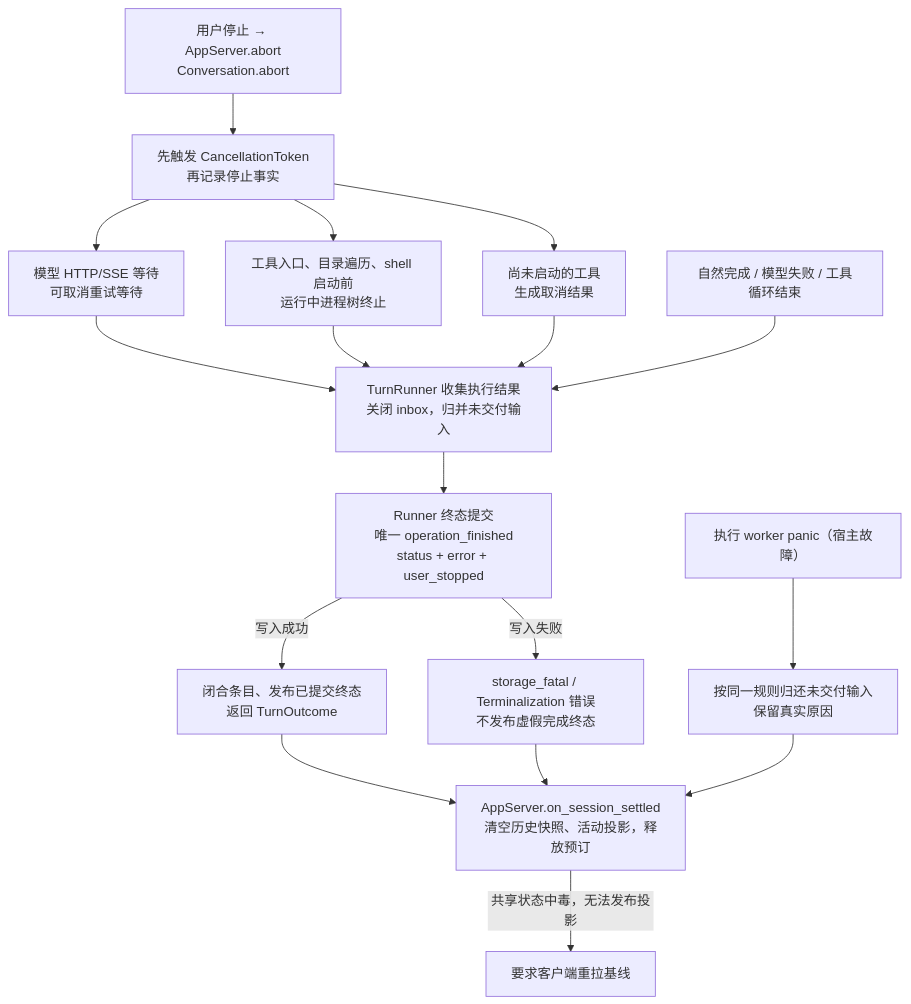
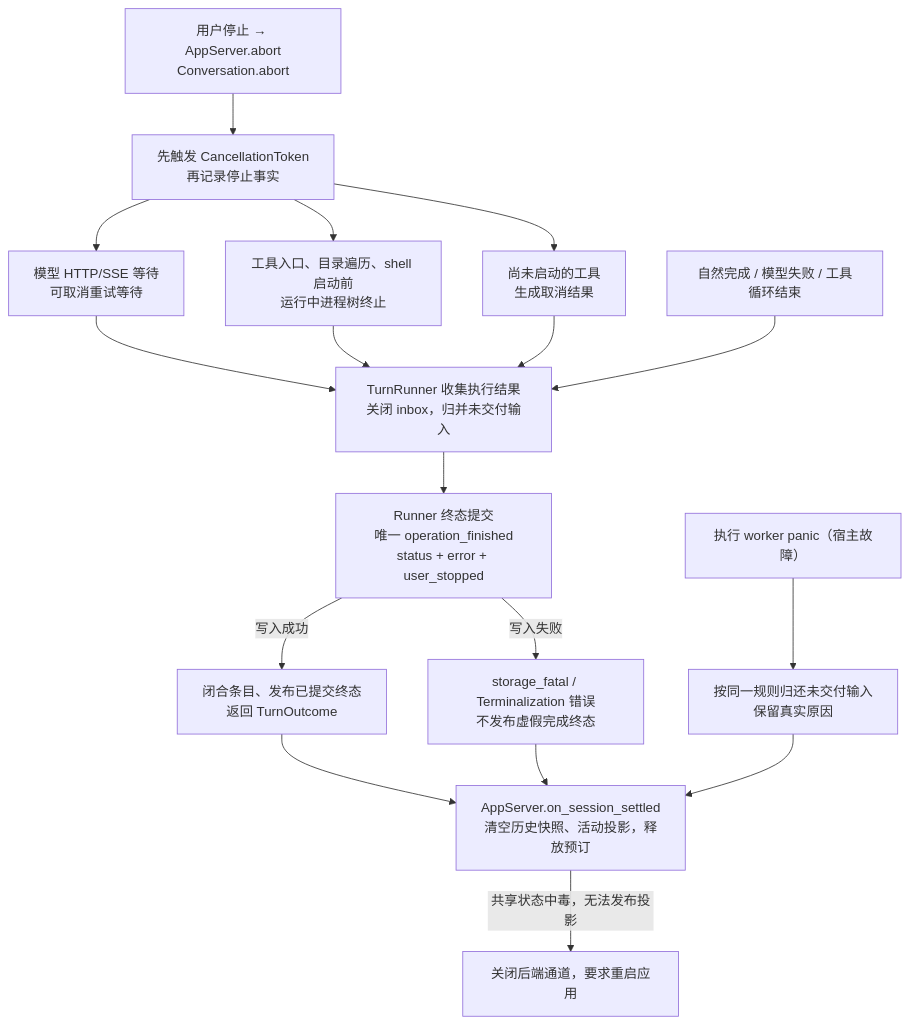
Diagram 17 of 29 in docs/architecture.md (qjcnmd/singularity-agent), drawn with Mermaid before and after one commit. The commit also changed other lines of this file and 33 other files, not shown here.

````diff
--- a/docs/architecture.md
+++ b/docs/architecture.md
@@ -465,19 +465,19 @@
 ```mermaid
 flowchart TB
     Stop["用户停止 → AppServer.abort<br/>Conversation.abort"] --> Signal["先触发 CancellationToken<br/>再记录停止事实"]
     Signal --> Model["模型 HTTP/SSE 等待<br/>可取消重试等待"]
     Signal --> Tools["工具入口、目录遍历、shell 启动前<br/>运行中进程树终止"]
     Signal --> Unstarted["尚未启动的工具<br/>生成取消结果"]
     Model --> Finish["TurnRunner 收集执行结果<br/>关闭 inbox，归并未交付输入"]
     Tools --> Finish
     Unstarted --> Finish
     Normal["自然完成 / 模型失败 / 工具循环结束"] --> Finish
     Finish --> Commit["Runner 终态提交<br/>唯一 operation_finished<br/>status + error + user_stopped"]
     Commit -->|"写入成功"| Publish["闭合条目、发布已提交终态<br/>返回 TurnOutcome"]
     Commit -->|"写入失败"| Fatal["storage_fatal / Terminalization 错误<br/>不发布虚假完成终态"]
     Publish --> Settled["AppServer.on_session_settled<br/>清空历史快照、活动投影，释放预订"]
     Fatal --> Settled
     Panic["执行 worker panic（宿主故障）"] --> Handback["按同一规则归还未交付输入<br/>保留真实原因"]
     Handback --> Settled
-    Settled -->|"共享状态中毒，无法发布投影"| Resync["要求客户端重拉基线"]
+    Settled -->|"共享状态中毒，无法发布投影"| HostExit["关闭后端通道，要求重启应用"]
 ```
````
